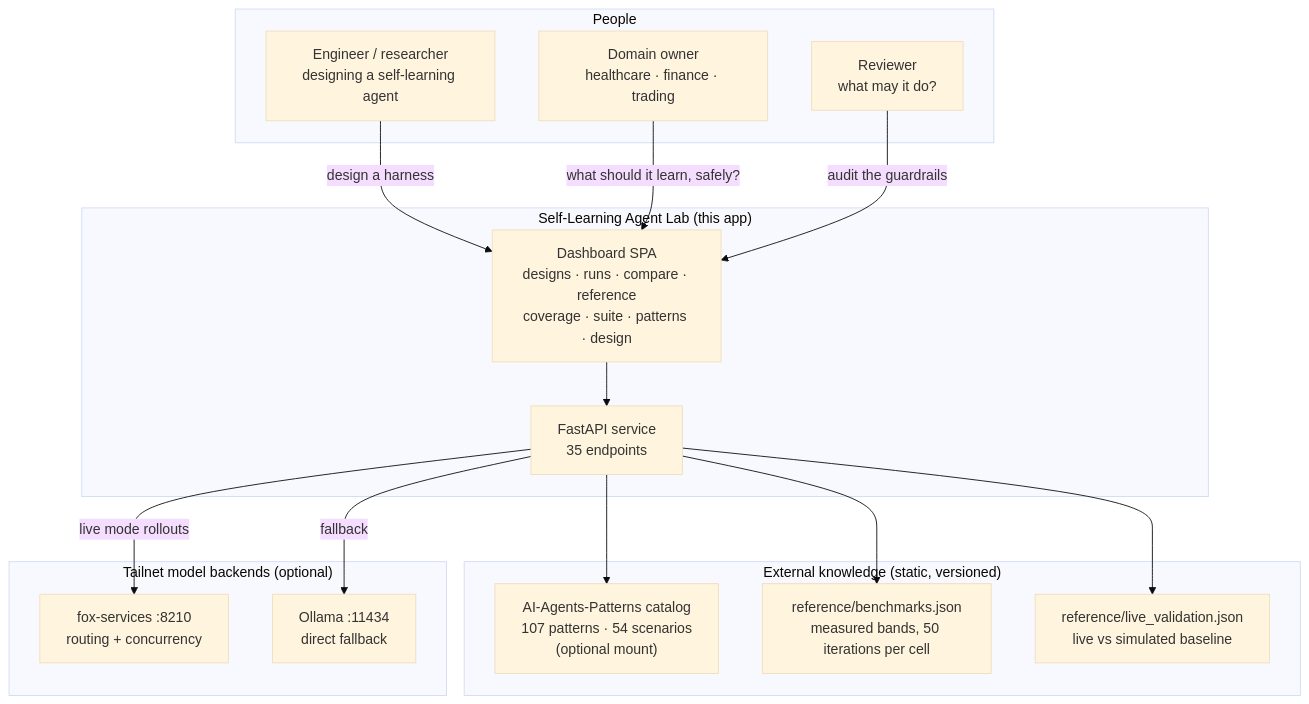
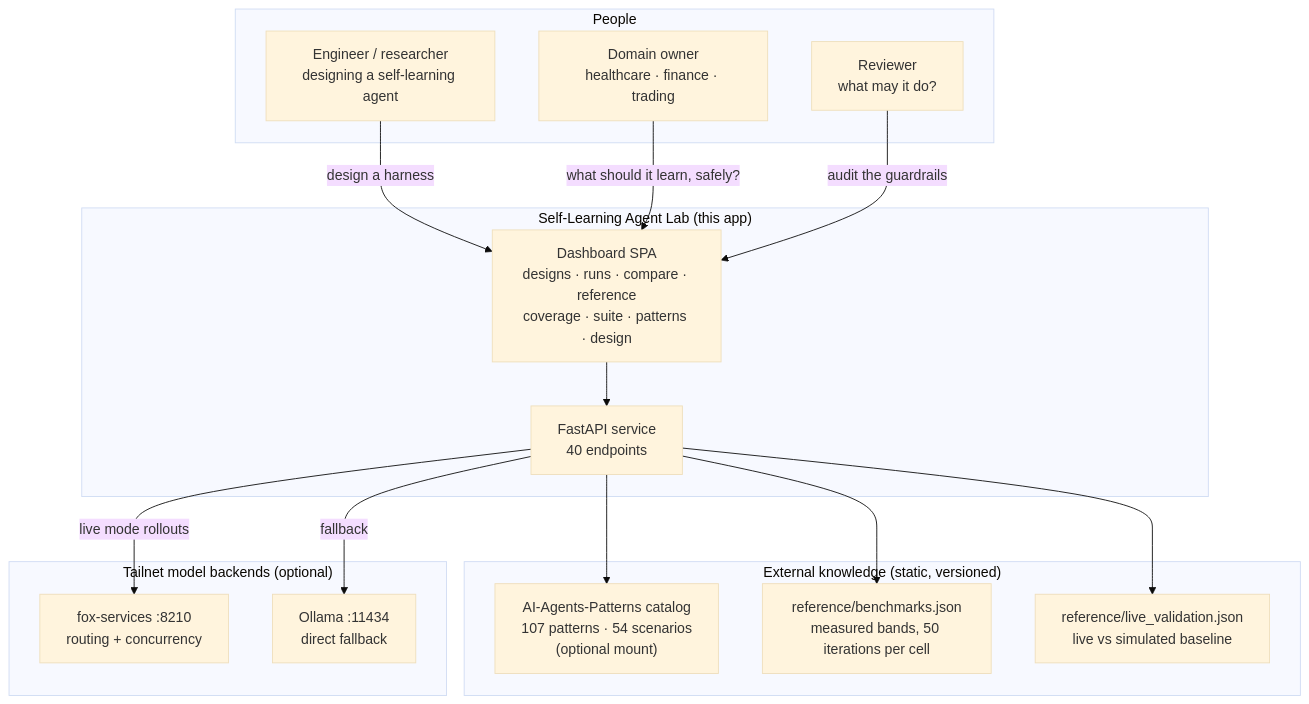
The first of 4 diagrams in design/01-system-context.md (harishgovardhandamodar/self-learning-agents), drawn with Mermaid (base theme) before and after one commit. The commit also changed 14 other files, not shown here.

````diff
--- a/design/01-system-context.md
+++ b/design/01-system-context.md
@@ -17,35 +17,35 @@
 ```mermaid
 flowchart TB
   subgraph USER["People"]
     ENG["Engineer / researcher<br/>designing a self-learning agent"]
     DOM["Domain owner<br/>healthcare · finance · trading"]
     SEC["Reviewer<br/>what may it do?"]
   end
 
   subgraph SYS["Self-Learning Agent Lab (this app)"]
     DASH["Dashboard SPA<br/>designs · runs · compare · reference<br/>coverage · suite · patterns · design"]
-    API["FastAPI service<br/>35 endpoints"]
+    API["FastAPI service<br/>40 endpoints"]
   end
 
   subgraph EXT["External knowledge (static, versioned)"]
     PAT["AI-Agents-Patterns catalog<br/>107 patterns · 54 scenarios<br/>(optional mount)"]
     REF["reference/benchmarks.json<br/>measured bands, 50 iterations per cell"]
     LIVE["reference/live_validation.json<br/>live vs simulated baseline"]
   end
 
   subgraph LLM["Tailnet model backends (optional)"]
     FOX["fox-services :8210<br/>routing + concurrency"]
     OLL["Ollama :11434<br/>direct fallback"]
   end
 
   ENG -->|"design a harness"| DASH
   DOM -->|"what should it learn, safely?"| DASH
   SEC -->|"audit the guardrails"| DASH
 
   DASH --> API
   API --> PAT
   API --> REF
   API --> LIVE
   API -->|"live mode rollouts"| FOX
   API -->|"fallback"| OLL
 ```
````
